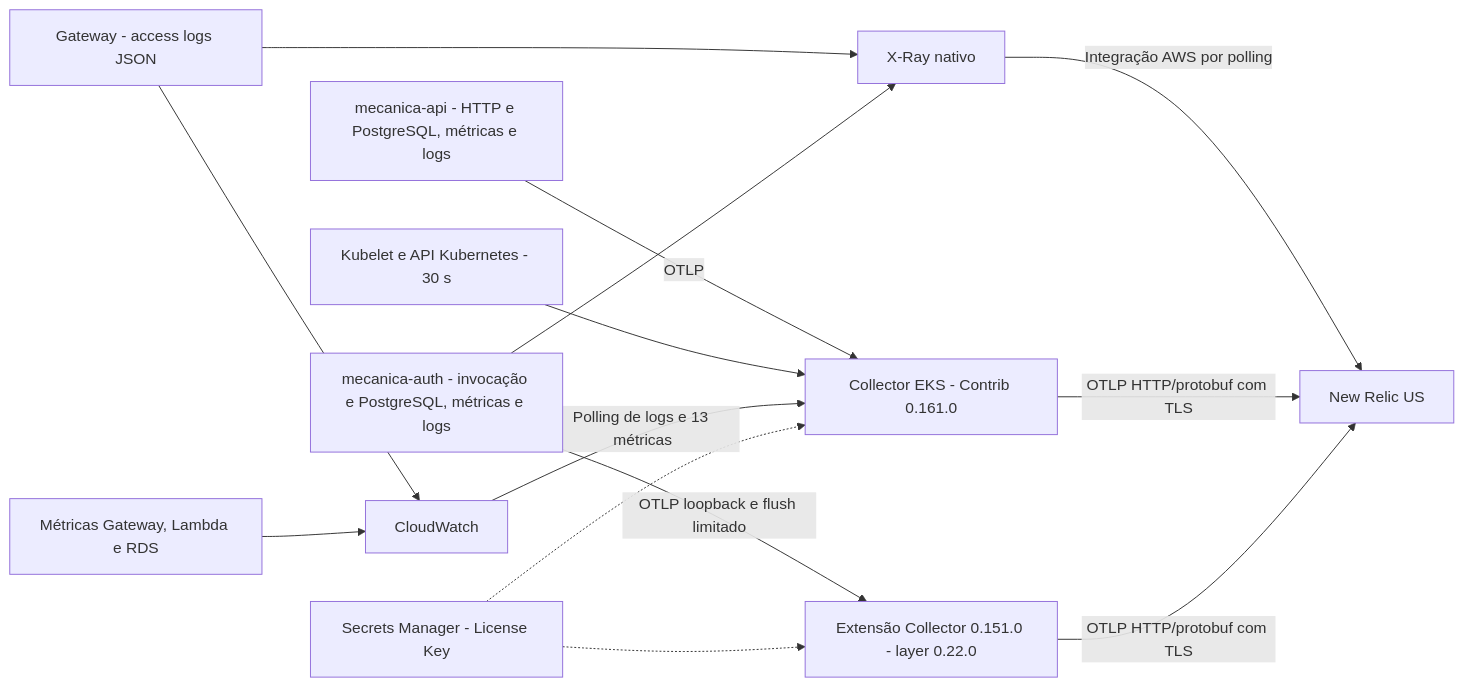
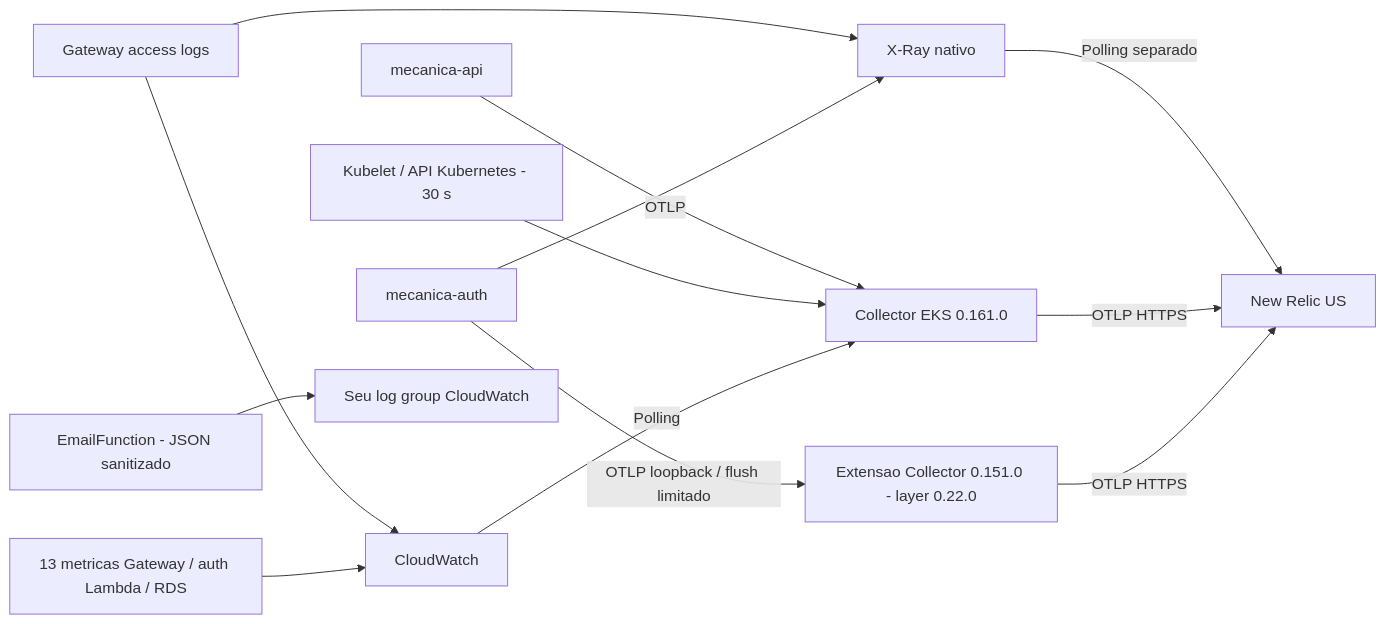
One commit to pknfelps/GerenciamentoMecanicaSistema changed the second of 2 diagrams in docs/arquitetura/diagramas/COMPONENTES.md. Above: the diagram before and after it, drawn with Mermaid. The commit also changed other lines of this file and 70 other files, not shown here.

Commit message:
Atualizados schemas do postman

````diff
--- a/docs/arquitetura/diagramas/COMPONENTES.md
+++ b/docs/arquitetura/diagramas/COMPONENTES.md
@@ -68,16 +68,15 @@
 ```mermaid
 flowchart LR
-    API["mecanica-api - HTTP e PostgreSQL, métricas e logs"] -->|OTLP| COL["Collector EKS - Contrib 0.161.0"]
-    K8S["Kubelet e API Kubernetes - 30 s"] --> COL
-    FN["mecanica-auth - invocação e PostgreSQL, métricas e logs"] -->|"OTLP loopback e flush limitado"| EXT["Extensão Collector 0.151.0 - layer 0.22.0"]
-    GW["Gateway - access logs JSON"] --> CW["CloudWatch"]
-    AWS["Métricas Gateway, Lambda e RDS"] --> CW
-    CW -->|"Polling de logs e 13 métricas"| COL
+    API["mecanica-api"] -->|OTLP| COL["Collector EKS 0.161.0"]
+    K8S["Kubelet / API Kubernetes - 30 s"] --> COL
+    AUTH["mecanica-auth"] -->|"OTLP loopback / flush limitado"| EXT["Extensao Collector 0.151.0 - layer 0.22.0"]
+    GW["Gateway access logs"] --> CW["CloudWatch"]
+    METRICS["13 metricas Gateway / auth Lambda / RDS"] --> CW
+    CW -->|Polling| COL
     GW --> XR["X-Ray nativo"]
-    FN --> XR
-    XR -->|"Integração AWS por polling"| NR["New Relic US"]
-    COL -->|"OTLP HTTP/protobuf com TLS"| NR
-    EXT -->|"OTLP HTTP/protobuf com TLS"| NR
-    SM["Secrets Manager - License Key"] -.-> COL
-    SM -.-> EXT
+    AUTH --> XR
+    XR -->|Polling separado| NR["New Relic US"]
+    COL -->|"OTLP HTTPS"| NR
+    EXT -->|"OTLP HTTPS"| NR
+    EMAIL["EmailFunction - JSON sanitizado"] --> EL["Seu log group CloudWatch"]
 ```
````
